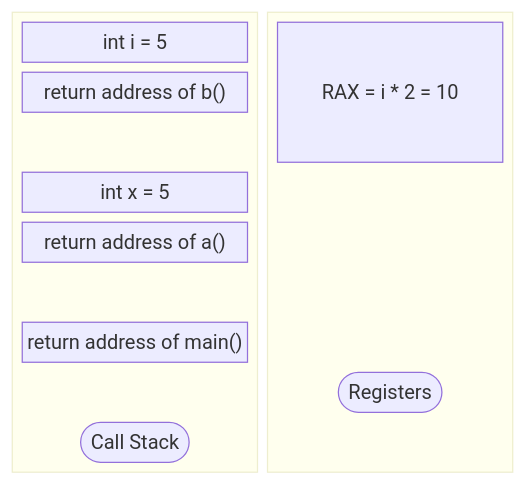
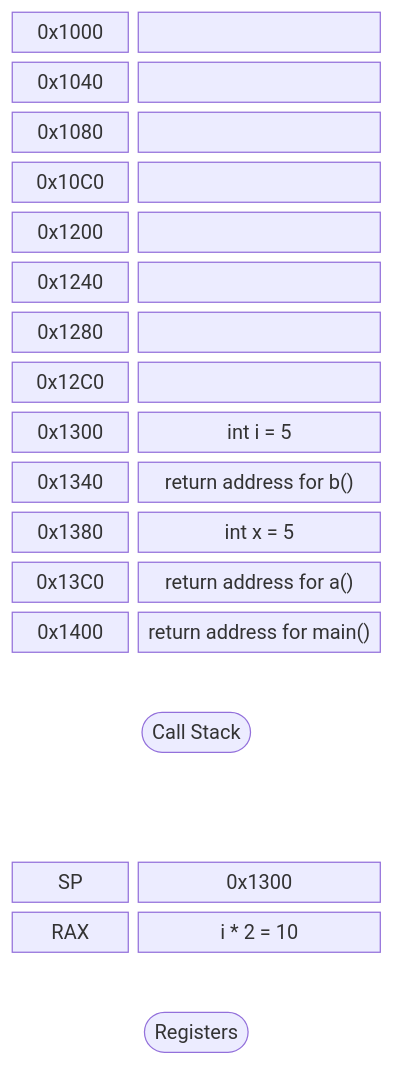
The seventh of 15 diagrams in slides/session_6/index.md (GlennVL-AP/cpp-programming-slides), drawn with Mermaid before and after one commit. The commit also changed other lines of this file, not shown here.

Commit message:
improve call stack example

````diff
--- a/slides/session_6/index.md
+++ b/slides/session_6/index.md
@@ -763,21 +942,40 @@
 ```mermaid
 block-beta
-  block
-    columns 1
-    argi["int i = 5"]
-    retb["return address of b()"]
-    space
-    intx["int x = 5"]
-    reta["return address of a()"]
-    space
-    retm["return address of main()"]
-    space
-    callstack(["Call Stack"])
-  end
-  block
-    columns 1
-    retval["RAX = i * 2 = 10"]
-    space
-    registers(["Registers"])
-  end
+  columns 3
+  addr1["0x1000"]:1
+  frame1[" "]:2
+  addr2["0x1040"]:1
+  frame2[" "]:2
+  addr3["0x1080"]:1
+  frame3[" "]:2
+  addr4["0x10C0"]:1
+  frame4[" "]:2
+  addr5["0x1200"]:1
+  frame5[" "]:2
+  addr6["0x1240"]:1
+  frame6[" "]:2
+  addr7["0x1280"]:1
+  frame7[" "]:2
+  addr8["0x12C0"]:1
+  frame8[" "]:2
+  addr9["0x1300"]:1
+  frame9["int i = 5"]:2
+  addr10["0x1340"]:1
+  frame10["return address for b()"]:2
+  addr11["0x1380"]:1
+  frame11["int x = 5"]:2
+  addr12["0x13C0"]:1
+  frame12["return address for a()"]:2
+  addr13["0x1400"]:1
+  frame13["return address for main()"]:2
+  space:3
+  callstack(["Call Stack"]):3
+  space:3
+  space:3
+  reg1["SP"]:1
+  regval1["0x1300"]:2
+  reg2["RAX"]:1
+  regval2["i * 2 = 10"]:2
+  space:3
+  registers(["Registers"]):3
 ```
````
